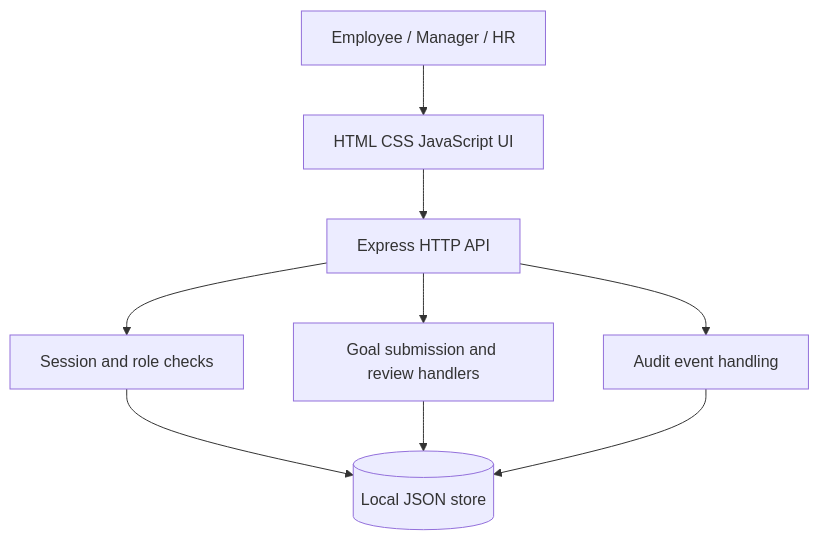
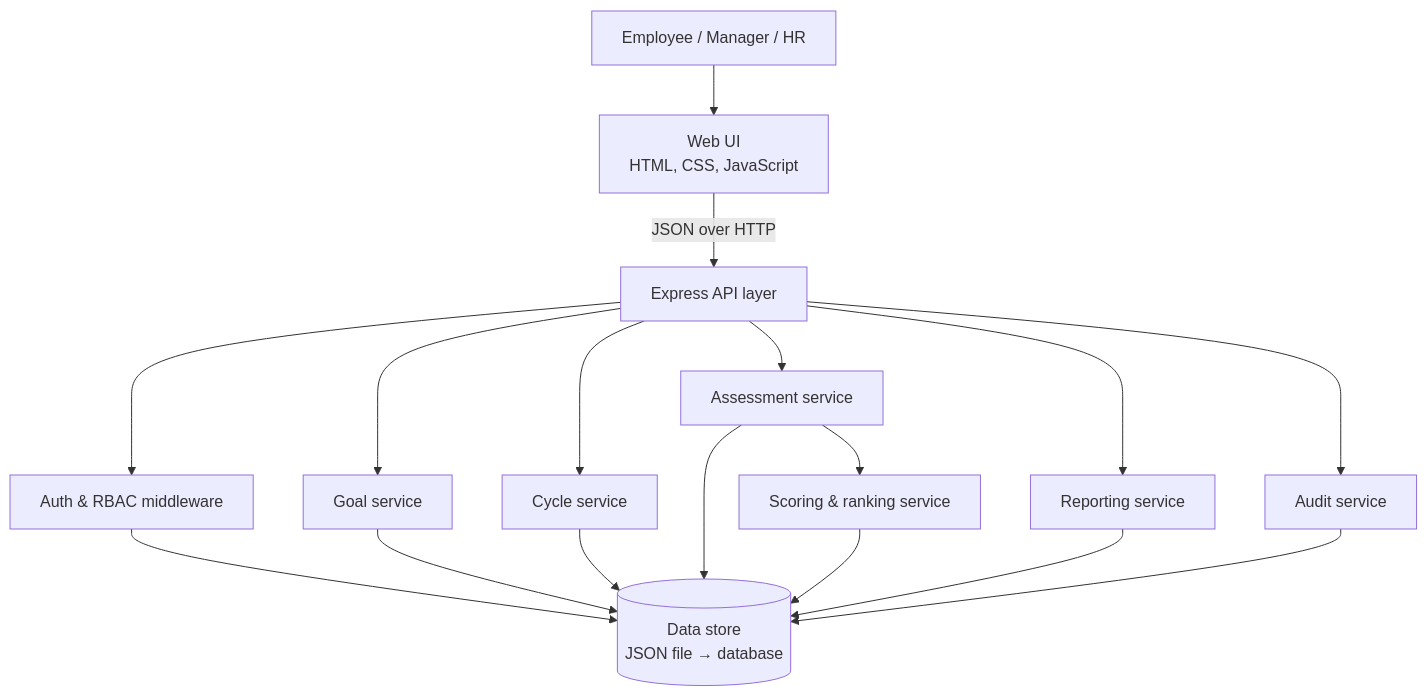
The first of 3 diagrams in SRS_SAD_TestPlan/SAD.md (GSAIHEMANTH279/Automated-performance-appraisal-system), drawn with Mermaid before and after one commit. The commit also changed other lines of this file and 15 other files, not shown here.

````diff
--- a/SRS_SAD_TestPlan/SAD.md
+++ b/SRS_SAD_TestPlan/SAD.md
@@ -56,11 +67,19 @@
 ```mermaid
 flowchart TD
-  User[Employee / Manager / HR] --> Browser[HTML CSS JavaScript UI]
-  Browser --> Express[Express HTTP API]
-  Express --> Auth[Session and role checks]
-  Express --> Goal[Goal submission and review handlers]
-  Express --> Audit[Audit event handling]
-  Auth --> Store[(Local JSON store)]
-  Goal --> Store
-  Audit --> Store
+  User[Employee / Manager / HR] --> UI[Web UI<br/>HTML, CSS, JavaScript]
+  UI -->|JSON over HTTP| API[Express API layer]
+  API --> AUTH[Auth & RBAC middleware]
+  API --> GOAL[Goal service]
+  API --> CYCLE[Cycle service]
+  API --> ASSESS[Assessment service]
+  ASSESS --> SCORE[Scoring & ranking service]
+  API --> REPORT[Reporting service]
+  API --> AUDIT[Audit service]
+  AUTH --> STORE[(Data store<br/>JSON file → database)]
+  GOAL --> STORE
+  CYCLE --> STORE
+  ASSESS --> STORE
+  SCORE --> STORE
+  REPORT --> STORE
+  AUDIT --> STORE
 ```
````
